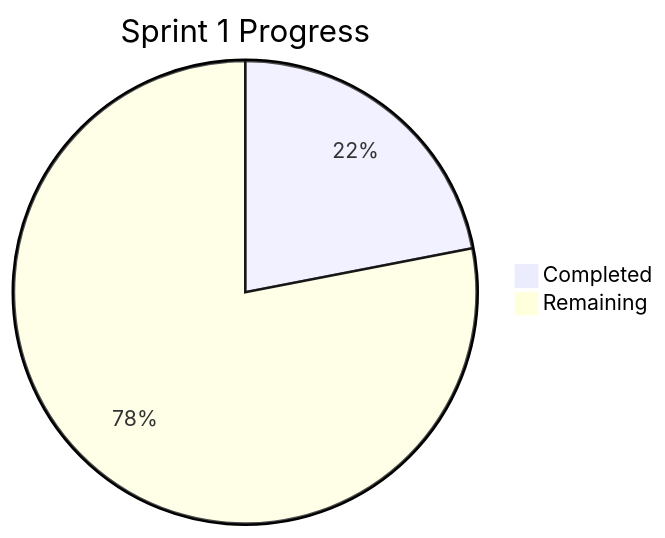
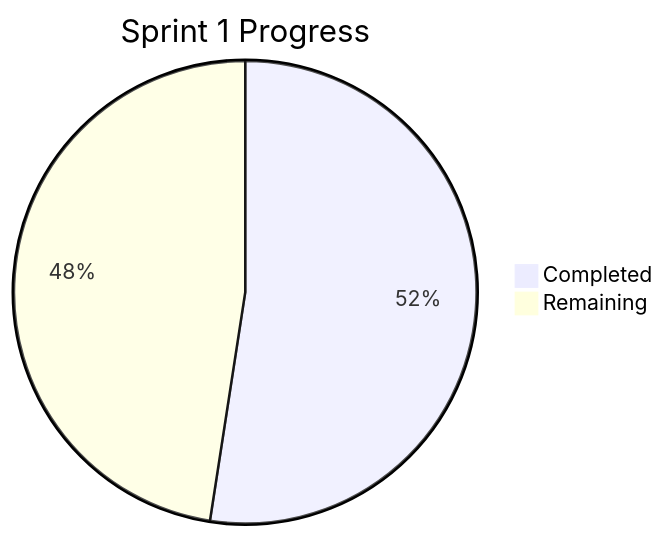
The diagram in Sprint1/DAILY_LOG.md (nerdpudding/pptx_poc), drawn with Mermaid before and after one commit. The commit also changed other lines of this file and 4 other files, not shown here.

````diff
--- a/Sprint1/DAILY_LOG.md
+++ b/Sprint1/DAILY_LOG.md
@@ -31,5 +31,5 @@
 ```mermaid
 pie title Sprint 1 Progress
-    "Completed" : 18
-    "Remaining" : 64
+    "Completed" : 43
+    "Remaining" : 39
 ```
````
